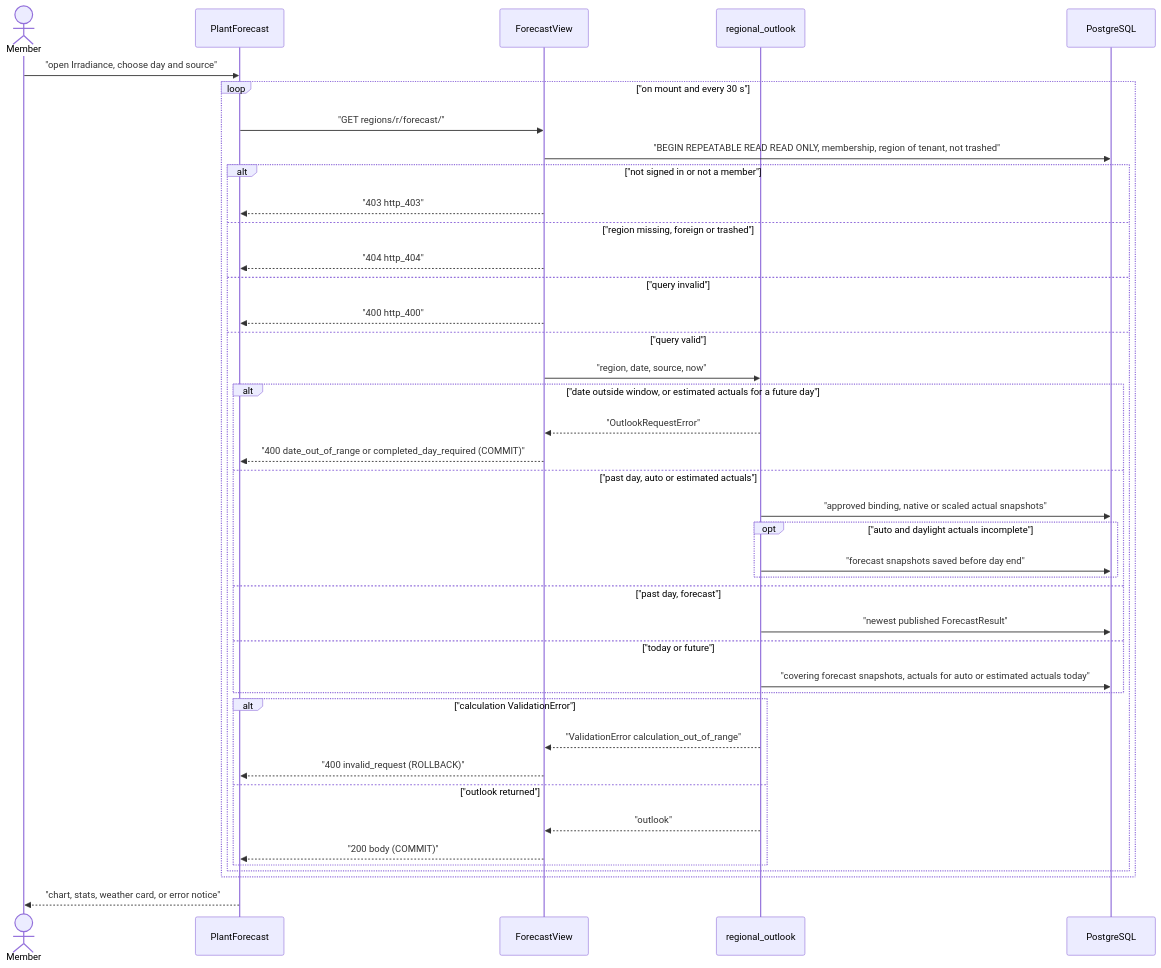
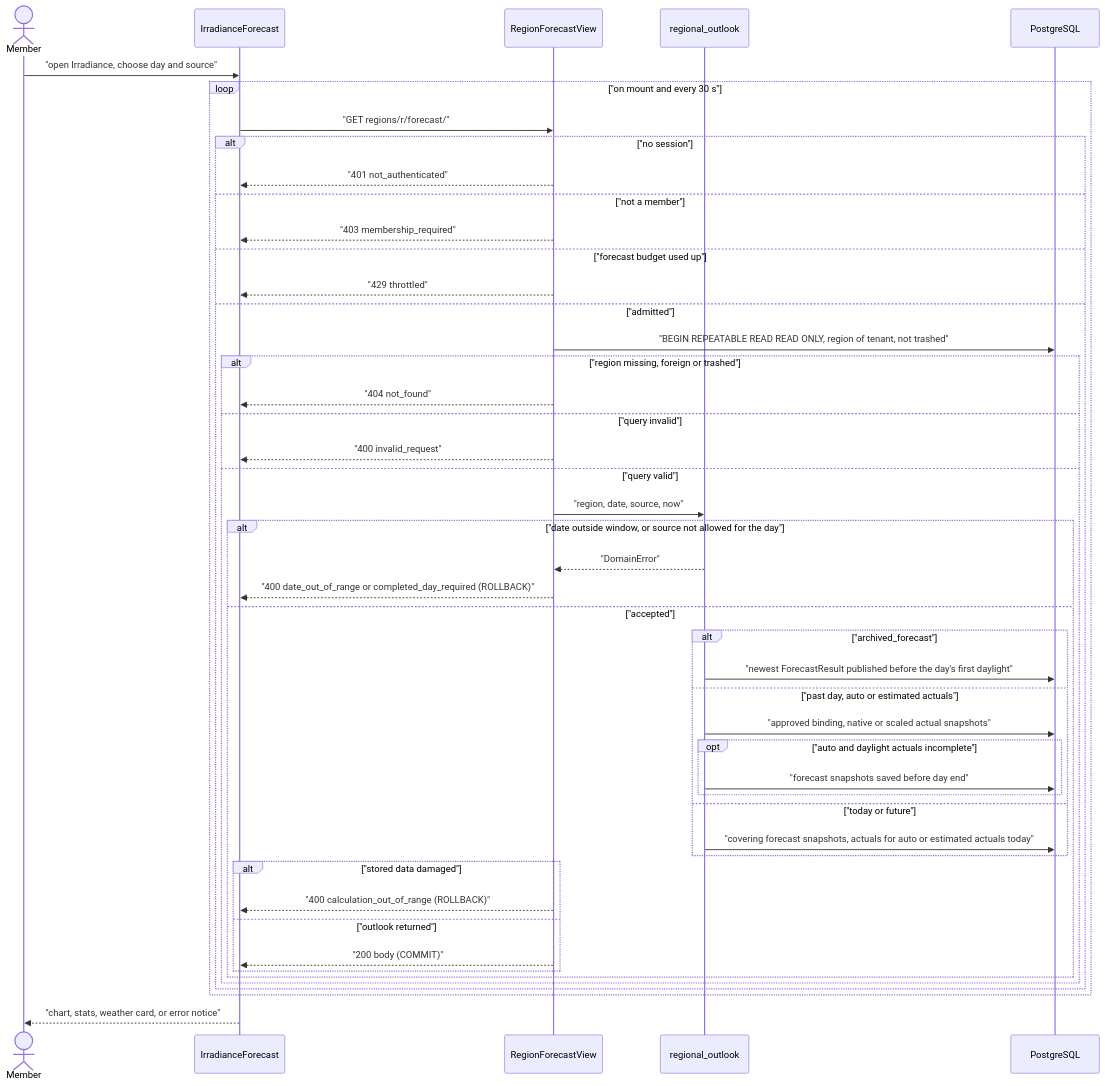
Before and after one commit to erkurtharun/pyracast: the diagram in docs/flows/irradiance-forecast-view.md, drawn with Mermaid. The commit also changed other lines of this file and 85 other files, not shown here.

First line of the commit message:
Bring the flow pages in line with the code (#107)

````diff
--- a/docs/flows/irradiance-forecast-view.md
+++ b/docs/flows/irradiance-forecast-view.md
@@ -12,43 +12,49 @@
 ```mermaid
 sequenceDiagram
     actor U as Member
-    participant P as PlantForecast
-    participant V as ForecastView
+    participant P as IrradianceForecast
+    participant V as RegionForecastView
     participant O as regional_outlook
     participant DB as PostgreSQL
     U->>P: "open Irradiance, choose day and source"
     loop "on mount and every 30 s"
         P->>V: "GET regions/r/forecast/"
-        V->>DB: "BEGIN REPEATABLE READ READ ONLY, membership, region of tenant, not trashed"
-        alt "not signed in or not a member"
-            V-->>P: "403 http_403"
-        else "region missing, foreign or trashed"
-            V-->>P: "404 http_404"
-        else "query invalid"
-            V-->>P: "400 http_400"
-        else "query valid"
-            V->>O: "region, date, source, now"
-            alt "date outside window, or estimated actuals for a future day"
-                O-->>V: "OutlookRequestError"
-                V-->>P: "400 date_out_of_range or completed_day_required (COMMIT)"
-            else "past day, auto or estimated actuals"
-                O->>DB: "approved binding, native or scaled actual snapshots"
-                opt "auto and daylight actuals incomplete"
-                    O->>DB: "forecast snapshots saved before day end"
+        alt "no session"
+            V-->>P: "401 not_authenticated"
+        else "not a member"
+            V-->>P: "403 membership_required"
+        else "forecast budget used up"
+            V-->>P: "429 throttled"
+        else "admitted"
+            V->>DB: "BEGIN REPEATABLE READ READ ONLY, region of tenant, not trashed"
+            alt "region missing, foreign or trashed"
+                V-->>P: "404 not_found"
+            else "query invalid"
+                V-->>P: "400 invalid_request"
+            else "query valid"
+                V->>O: "region, date, source, now"
+                alt "date outside window, or source not allowed for the day"
+                    O-->>V: "DomainError"
+                    V-->>P: "400 date_out_of_range or completed_day_required (ROLLBACK)"
+                else "accepted"
+                    alt "archived_forecast"
+                        O->>DB: "newest ForecastResult published before the day's first daylight"
+                    else "past day, auto or estimated actuals"
+                        O->>DB: "approved binding, native or scaled actual snapshots"
+                        opt "auto and daylight actuals incomplete"
+                            O->>DB: "forecast snapshots saved before day end"
+                        end
+                    else "today or future"
+                        O->>DB: "covering forecast snapshots, actuals for auto or estimated actuals today"
+                    end
+                    alt "stored data damaged"
+                        V-->>P: "400 calculation_out_of_range (ROLLBACK)"
+                    else "outlook returned"
+                        V-->>P: "200 body (COMMIT)"
+                    end
                 end
-            else "past day, forecast"
-                O->>DB: "newest published ForecastResult"
-            else "today or future"
-                O->>DB: "covering forecast snapshots, actuals for auto or estimated actuals today"
-            end
-            alt "calculation ValidationError"
-                O-->>V: "ValidationError calculation_out_of_range"
-                V-->>P: "400 invalid_request (ROLLBACK)"
-            else "outlook returned"
-                O-->>V: "outlook"
-                V-->>P: "200 body (COMMIT)"
             end
         end
     end
     P-->>U: "chart, stats, weather card, or error notice"
 ```
````
